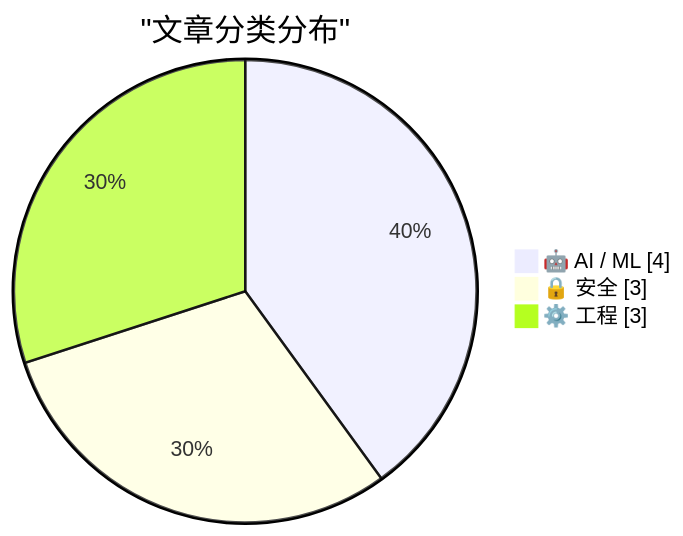
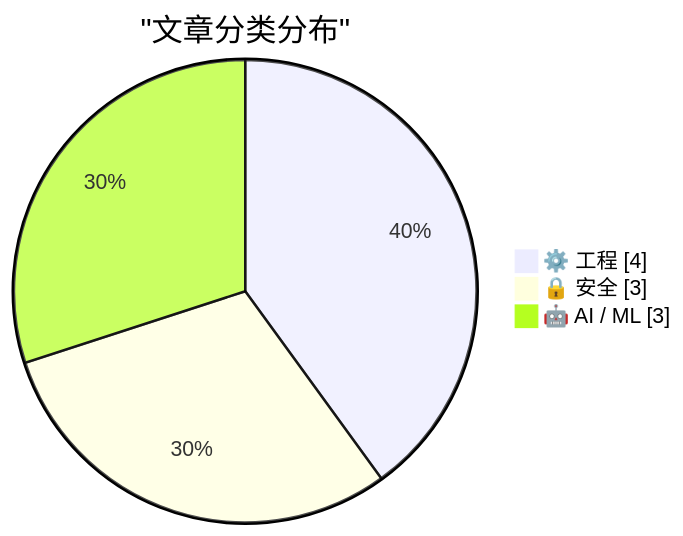
Before and after one commit to originem0/SZBlog: the first of 2 diagrams in content/ai-daily/2026-03-22.md, drawn with Mermaid. The commit also changed other lines of this file, not shown here.

````diff
--- a/content/ai-daily/2026-03-22.md
+++ b/content/ai-daily/2026-03-22.md
@@ -57,7 +56,7 @@
 ```mermaid
 pie showData
     title "文章分类分布"
-    "🤖 AI / ML" : 4
+    "⚙️ 工程" : 4
     "🔒 安全" : 3
-    "⚙️ 工程" : 3
+    "🤖 AI / ML" : 3
 ```
````
